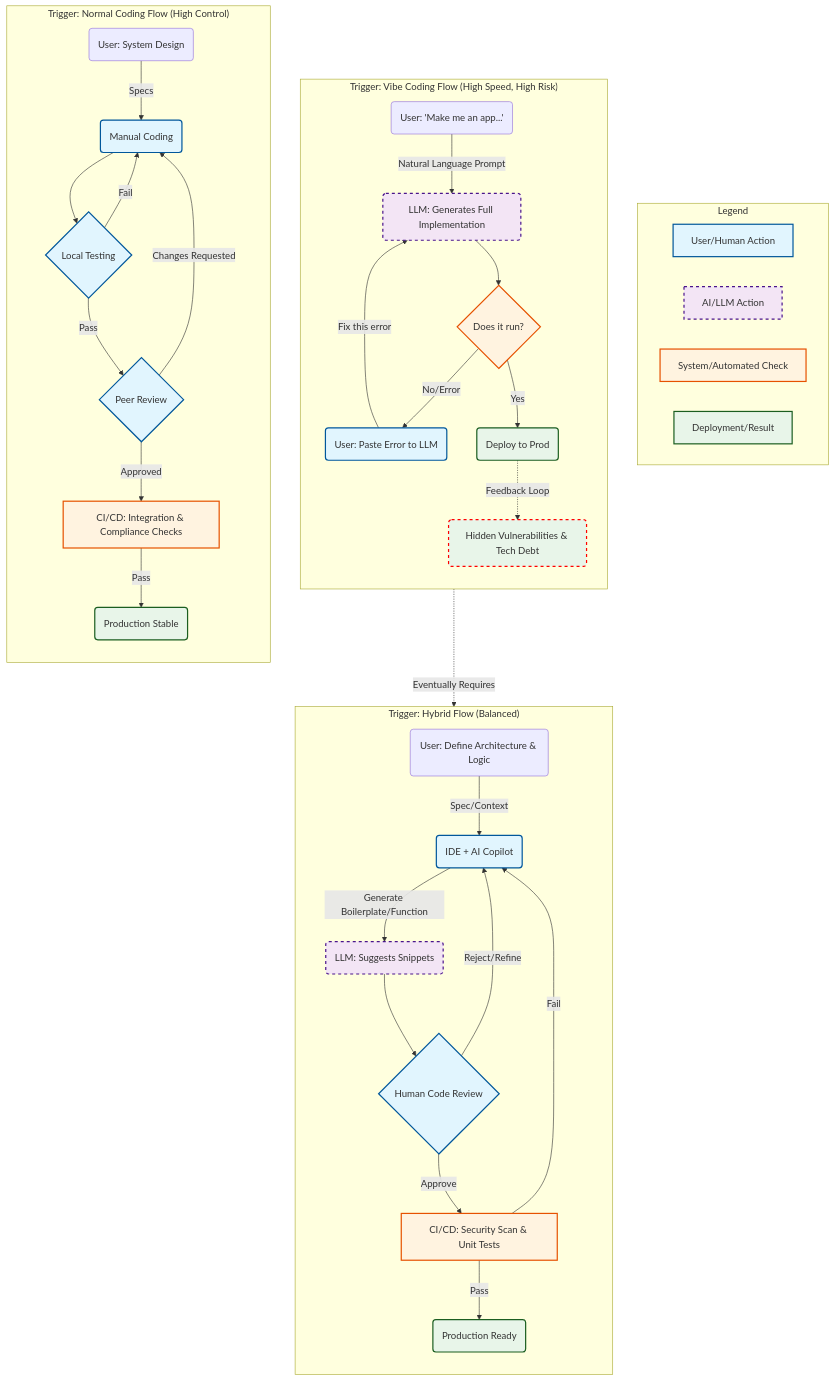
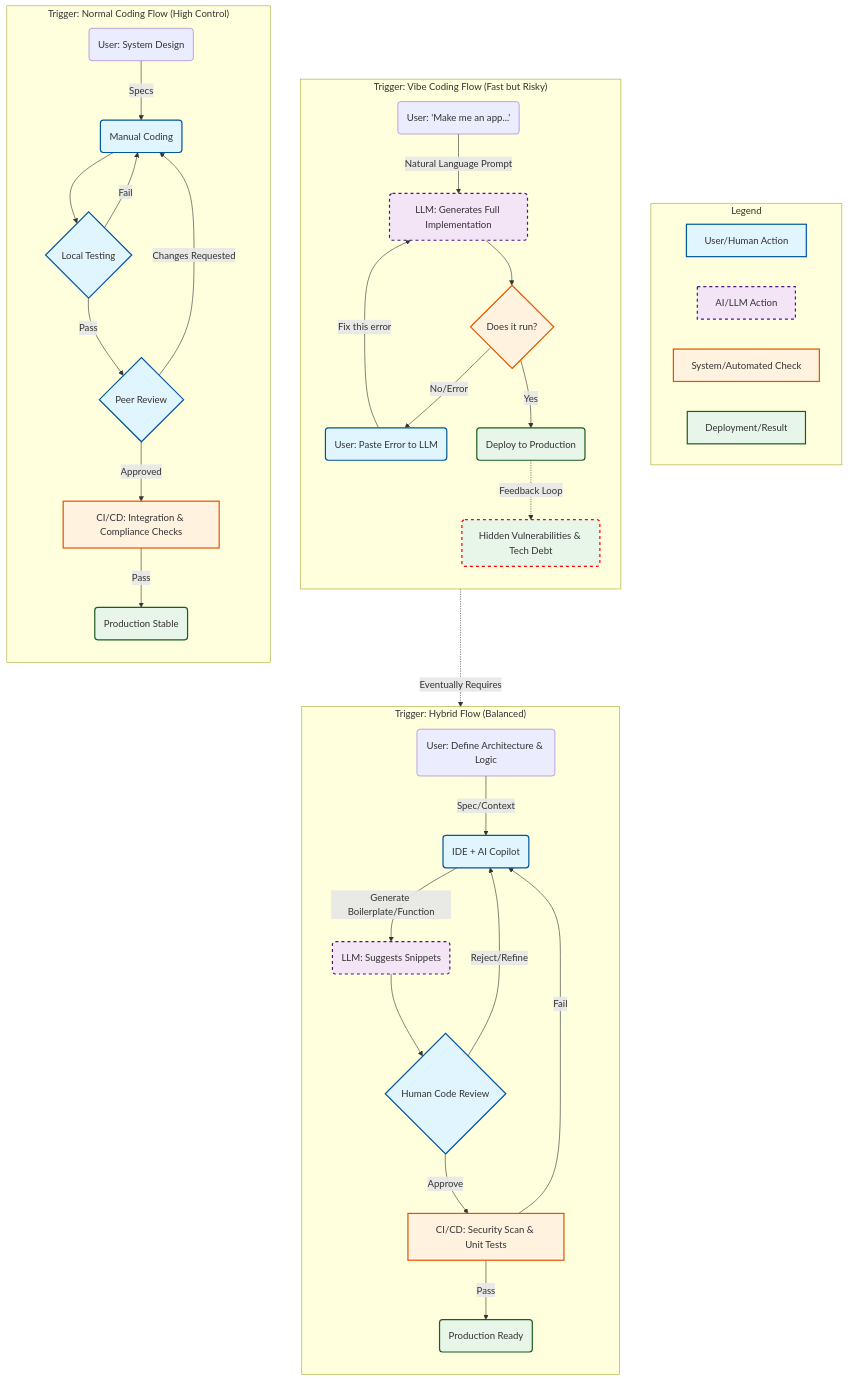
The diagram in docs/vibe-coding-vs-legacy.md (slpatigdas/my-ailounge), drawn with Mermaid before and after one commit. The commit also changed other lines of this file and 9 other files, not shown here.

````diff
--- a/docs/vibe-coding-vs-legacy.md
+++ b/docs/vibe-coding-vs-legacy.md
@@ -22,55 +28,55 @@
 ```mermaid
 flowchart TB
     %% Legend
     subgraph Legend
         direction LR
         A1["User/Human Action"]:::human
         A2["AI/LLM Action"]:::ai
         A3["System/Automated Check"]:::system
         A4["Deployment/Result"]:::result
     end
 
     %% Vibe Coding
-    subgraph VibeCoding ["Trigger: Vibe Coding Flow (High Speed, High Risk)"]
+    subgraph VibeCoding ["Trigger: Vibe Coding Flow (Fast but Risky)"]
         direction TB
         V_Start("User: 'Make me an app...'") -->|Natural Language Prompt| V_LLM("LLM: Generates Full Implementation"):::ai
         V_LLM --> V_Exec{"Does it run?"}:::system
         V_Exec -- "No/Error" --> V_Fix("User: Paste Error to LLM"):::human
         V_Fix -->|"Fix this error"| V_LLM
-        V_Exec -- Yes --> V_Deploy("Deploy to Prod"):::result
+        V_Exec -- Yes --> V_Deploy("Deploy to Production"):::result
         V_Deploy -.->|Feedback Loop| V_Debt("Hidden Vulnerabilities & Tech Debt"):::result
         style V_Debt stroke:#ff0000,stroke-width:2px,stroke-dasharray: 5 5
     end
 
     %% Hybrid Coding
     subgraph HybridCoding ["Trigger: Hybrid Flow (Balanced)"]
         direction TB
-        H_Start("User: Define Architecture & Logic") -->|Spec/Context| H_IDE("IDE + AI Copilot"):::human
+        H_Start("User: Define Architecture & Logic") -->|"Spec/Context"| H_IDE("IDE + AI Copilot"):::human
         H_IDE -->|"Generate Boilerplate/Function"| H_LLM("LLM: Suggests Snippets"):::ai
         H_LLM --> H_Review{"Human Code Review"}:::human
         H_Review -- Reject/Refine --> H_IDE
         H_Review -- Approve --> H_CI["CI/CD: Security Scan & Unit Tests"]:::system
         H_CI -- Fail --> H_IDE
         H_CI -- Pass --> H_Deploy("Production Ready"):::result
     end
 
     %% Normal Coding
     subgraph NormalCoding ["Trigger: Normal Coding Flow (High Control)"]
         direction TB
         N_Start("User: System Design") -->|Specs| N_Code("Manual Coding"):::human
         N_Code --> N_LocalTest{"Local Testing"}:::human
         N_LocalTest -- Fail --> N_Code
         N_LocalTest -- Pass --> N_Peer{"Peer Review"}:::human
         N_Peer -- Changes Requested --> N_Code
         N_Peer -- Approved --> N_CI["CI/CD: Integration & Compliance Checks"]:::system
         N_CI -- Pass --> N_Deploy("Production Stable"):::result
     end
 
     %% Cross-Flow
-    V_Debt -.->|Eventually Requires| H_Start
+    V_Debt -.->|"Eventually Requires"| H_Start
 
     classDef human fill:#e1f5fe,stroke:#01579b,stroke-width:2px;
     classDef ai fill:#f3e5f5,stroke:#4a148c,stroke-width:2px,stroke-dasharray: 5 5;
     classDef system fill:#fff3e0,stroke:#e65100,stroke-width:2px;
     classDef result fill:#e8f5e9,stroke:#1b5e20,stroke-width:2px;
 ```
````
